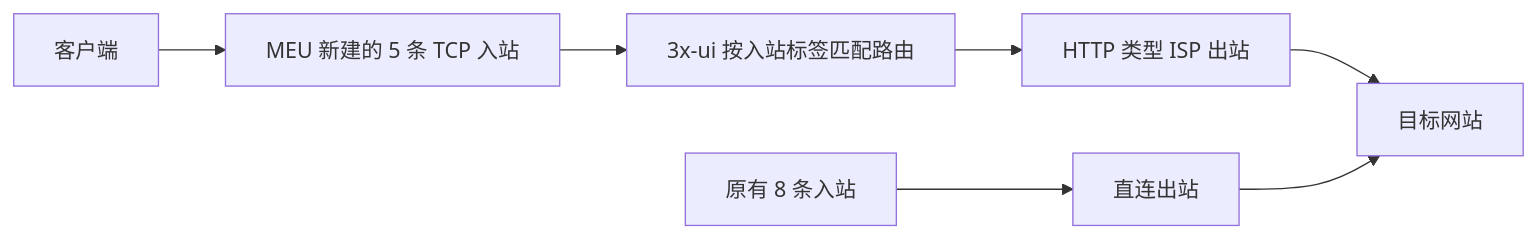
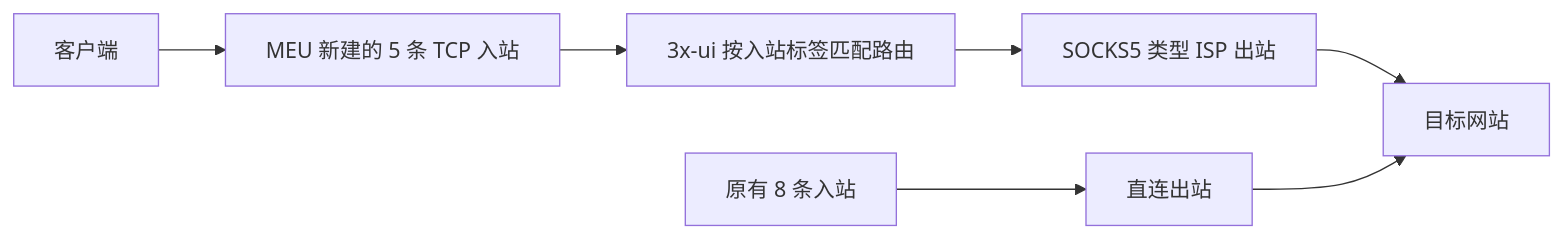
The diagram in 01-实操/23-新MEU建立独立静态ISP出口订阅.md (Tycalwayslove/vps-tutorial), drawn with Mermaid before and after one commit. The commit also changed other lines of this file, not shown here.

Commit message:
docs: record MEU ISP switch to SOCKS5

````diff
--- a/01-实操/23-新MEU建立独立静态ISP出口订阅.md
+++ b/01-实操/23-新MEU建立独立静态ISP出口订阅.md
@@ -12,9 +12,9 @@
 ```mermaid
 flowchart LR
     A[客户端] --> B[MEU 新建的 5 条 TCP 入站]
     B --> C[3x-ui 按入站标签匹配路由]
-    C --> D[HTTP 类型 ISP 出站]
+    C --> D[SOCKS5 类型 ISP 出站]
     D --> E[目标网站]
     F[原有 8 条入站] --> G[直连出站]
     G --> E
 ```
````
